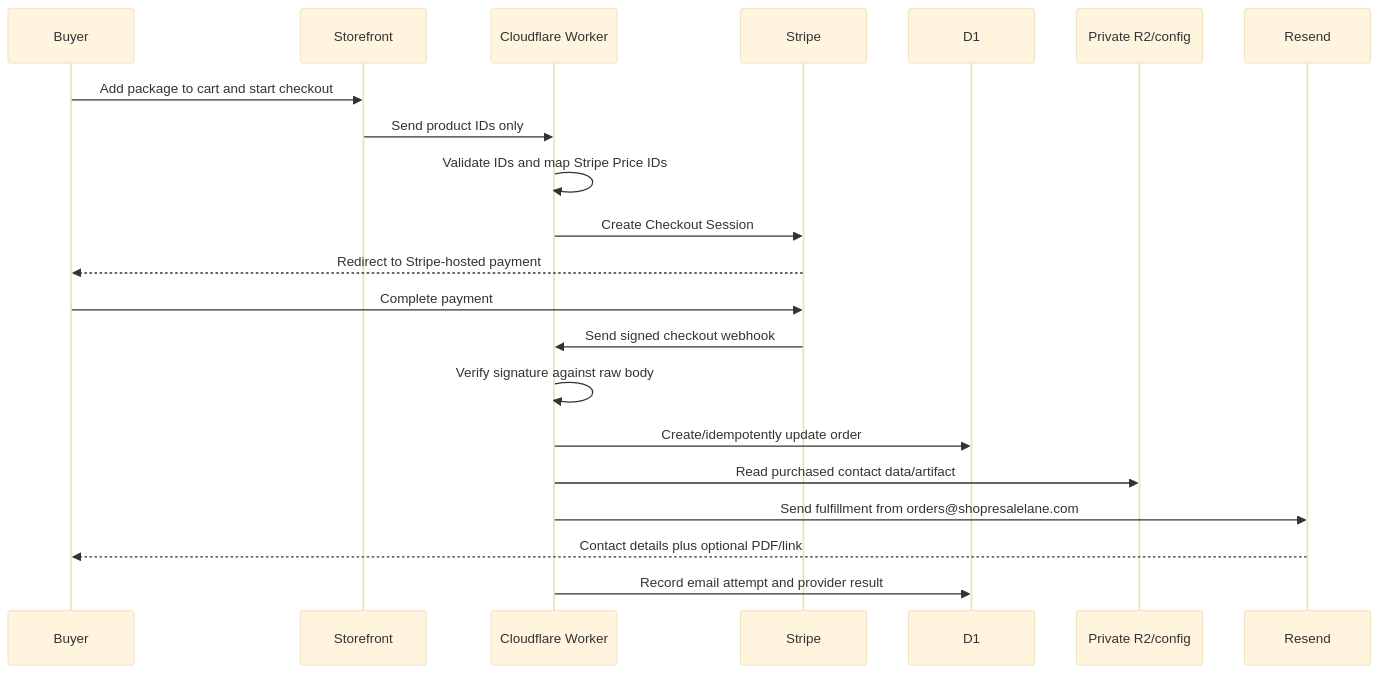
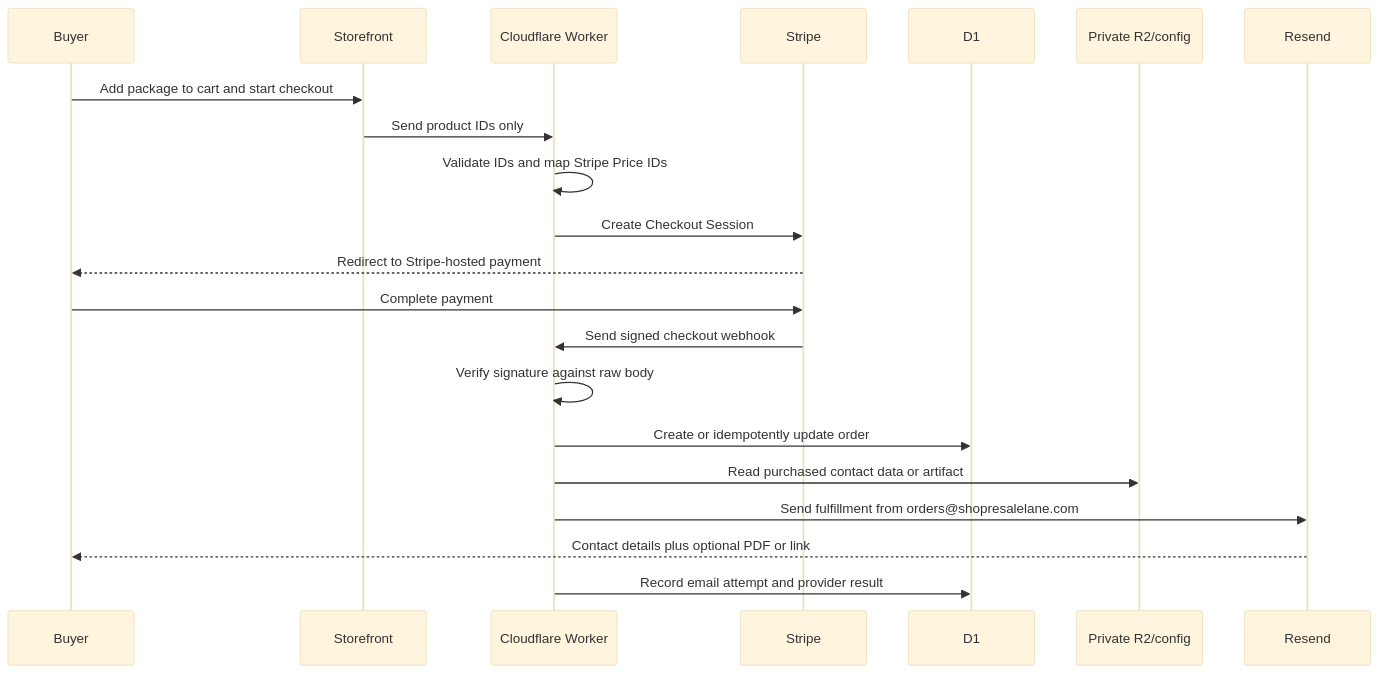
Before and after one commit to collinbediner/Resale: the second of 2 diagrams in docs/ARCHITECTURE.md, drawn with Mermaid (base theme). The commit also changed other lines of this file and 6 other files, not shown here.

Commit message:
Document technical architecture and integrations

````diff
--- a/docs/ARCHITECTURE.md
+++ b/docs/ARCHITECTURE.md
@@ -96,23 +143,23 @@
 ```mermaid
 sequenceDiagram
   participant B as Buyer
   participant S as Storefront
   participant W as Cloudflare Worker
   participant P as Stripe
   participant D as D1
   participant R as Private R2/config
   participant E as Resend
   B->>S: Add package to cart and start checkout
   S->>W: Send product IDs only
   W->>W: Validate IDs and map Stripe Price IDs
   W->>P: Create Checkout Session
   P-->>B: Redirect to Stripe-hosted payment
   B->>P: Complete payment
   P->>W: Send signed checkout webhook
   W->>W: Verify signature against raw body
-  W->>D: Create/idempotently update order
-  W->>R: Read purchased contact data/artifact
+  W->>D: Create or idempotently update order
+  W->>R: Read purchased contact data or artifact
   W->>E: Send fulfillment from orders@shopresalelane.com
-  E-->>B: Contact details plus optional PDF/link
+  E-->>B: Contact details plus optional PDF or link
   W->>D: Record email attempt and provider result
 ```
````
